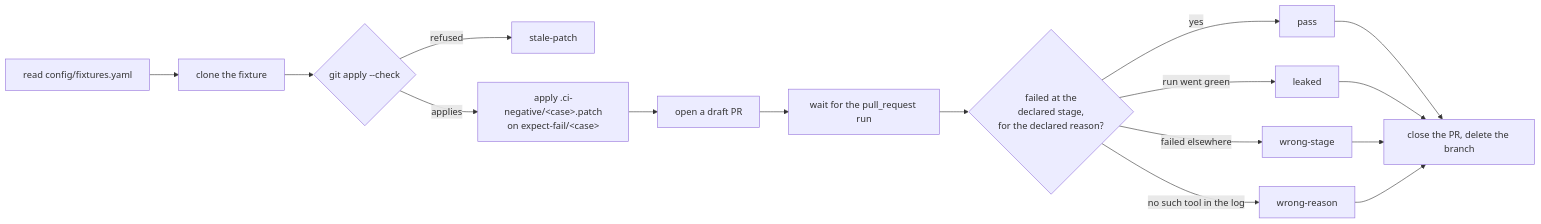
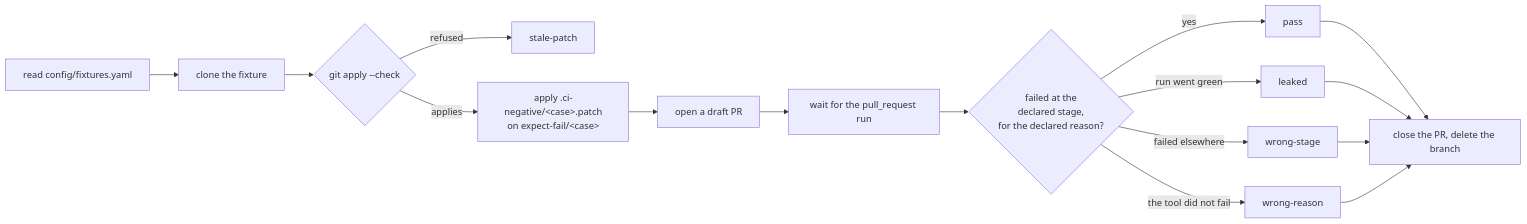
Before and after one commit to hyperi-io/hyperi-ci: the diagram in docs/testing/negative-cases.md, drawn with Mermaid. The commit also changed other lines of this file and 2 other files, not shown here.

````diff
--- a/docs/testing/negative-cases.md
+++ b/docs/testing/negative-cases.md
@@ -50,15 +55,15 @@
 ```mermaid
 flowchart LR
     A[read config/fixtures.yaml] --> B[clone the fixture]
     B --> P{"git apply --check"}
     P -->|refused| S[stale-patch]
     P -->|applies| C["apply .ci-negative/&lt;case&gt;.patch<br/>on expect-fail/&lt;case&gt;"]
     C --> D[open a draft PR]
     D --> E[wait for the pull_request run]
     E --> F{failed at the<br/>declared stage,<br/>for the declared reason?}
     F -->|yes| G[pass]
     F -->|run went green| H[leaked]
     F -->|failed elsewhere| I[wrong-stage]
-    F -->|no such tool in the log| J[wrong-reason]
+    F -->|the tool did not fail| J[wrong-reason]
     G & H & I & J --> K[close the PR, delete the branch]
 ```
````
